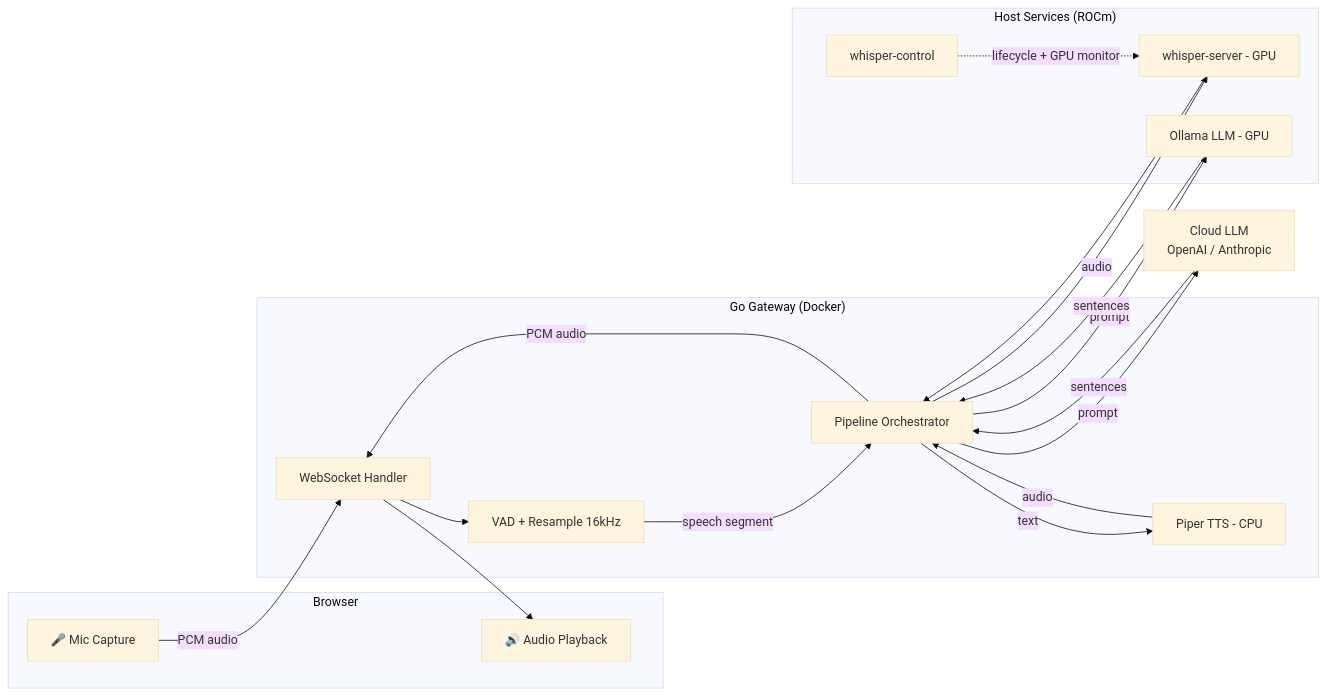
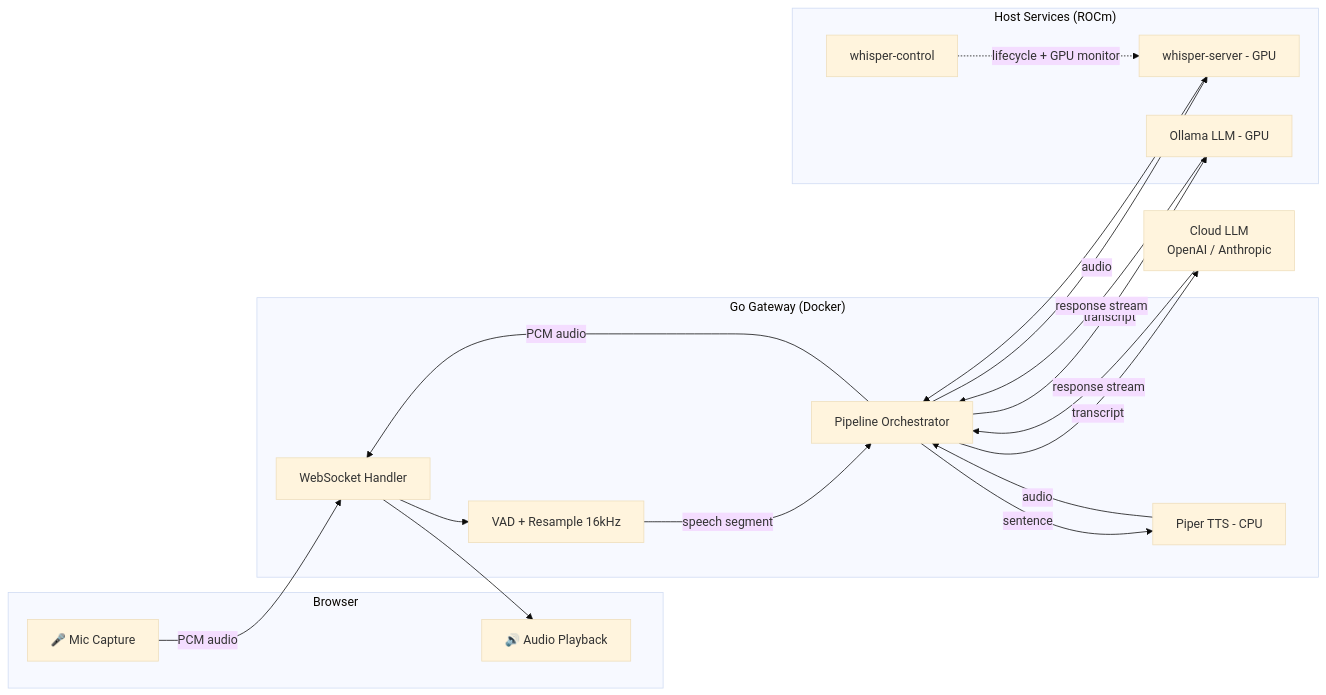
The diagram in README.md (hubenschmidt/asr-llm-tts), drawn with Mermaid (base theme) before and after one commit.

````diff
--- a/README.md
+++ b/README.md
@@ -29,37 +29,37 @@
 ```mermaid
 flowchart LR
     subgraph Browser
         Mic[🎤 Mic Capture]
         Speaker[🔊 Audio Playback]
     end
 
     subgraph Gateway["Go Gateway (Docker)"]
         WS[WebSocket Handler]
         VAD[VAD + Resample 16kHz]
         Pipeline[Pipeline Orchestrator]
         Piper[Piper TTS - CPU]
     end
 
     subgraph Host["Host Services (ROCm)"]
         Whisper[whisper-server - GPU]
         Ollama[Ollama LLM - GPU]
         WhisperCtl[whisper-control]
     end
 
     Provider[Cloud LLM\nOpenAI / Anthropic]
 
     Mic -- "PCM audio" --> WS
     WS --> VAD
     VAD -- "speech segment" --> Pipeline
     Pipeline --> |audio| Whisper
     Whisper --> Pipeline
-    Pipeline -- "prompt" --> Ollama
-    Pipeline -- "prompt" --> Provider
-    Ollama -- "sentences" --> Pipeline
-    Provider -- "sentences" --> Pipeline
-    Pipeline -- "text" --> Piper
+    Pipeline -- "transcript" --> Ollama
+    Pipeline -- "transcript" --> Provider
+    Ollama -- "response stream" --> Pipeline
+    Provider -- "response stream" --> Pipeline
+    Pipeline -- "sentence" --> Piper
     Piper -- "audio" --> Pipeline
     Pipeline -- "PCM audio" --> WS
     WS --> Speaker
     WhisperCtl -. "lifecycle + GPU monitor" .-> Whisper
 ```
````
